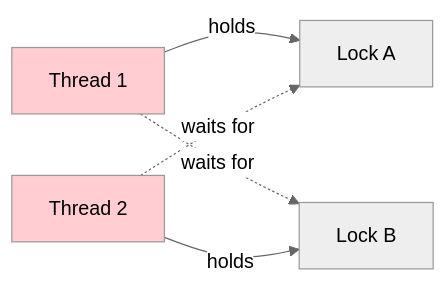
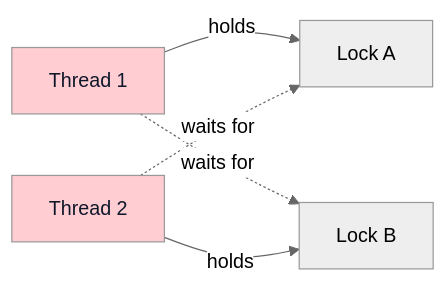
The second of 5 diagrams in src/content/blog/en/jvm-concurrency-model-2-java-traditional-concurrency.md (snowink1137/blog), drawn with Mermaid (neutral theme) before and after one commit. The commit also changed other lines of this file and 17 other files, not shown here.

First line of the commit message:
mermaid 다크모드 대비 수정 — 파스텔 배경 노드의 글자색 명시

````diff
--- a/src/content/blog/en/jvm-concurrency-model-2-java-traditional-concurrency.md
+++ b/src/content/blog/en/jvm-concurrency-model-2-java-traditional-concurrency.md
@@ -405,10 +405,10 @@
 ```mermaid
 flowchart LR
     T1[Thread 1] -->|holds| LA[Lock A]
     T1 -.->|waits for| LB[Lock B]
     T2[Thread 2] -->|holds| LB
     T2 -.->|waits for| LA
 
-    style T1 fill:#ffcdd2
-    style T2 fill:#ffcdd2
+    style T1 fill:#ffcdd2,color:#0f172a
+    style T2 fill:#ffcdd2,color:#0f172a
 ```
````
